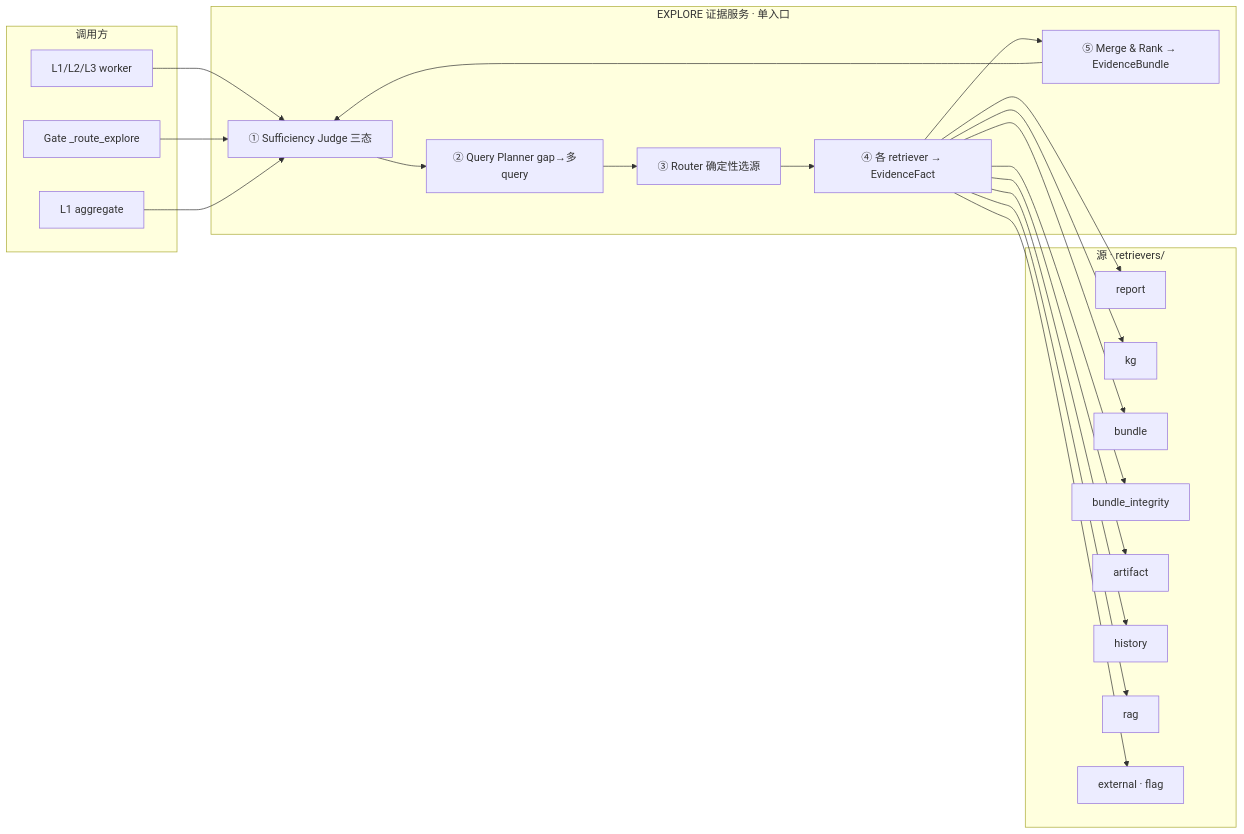
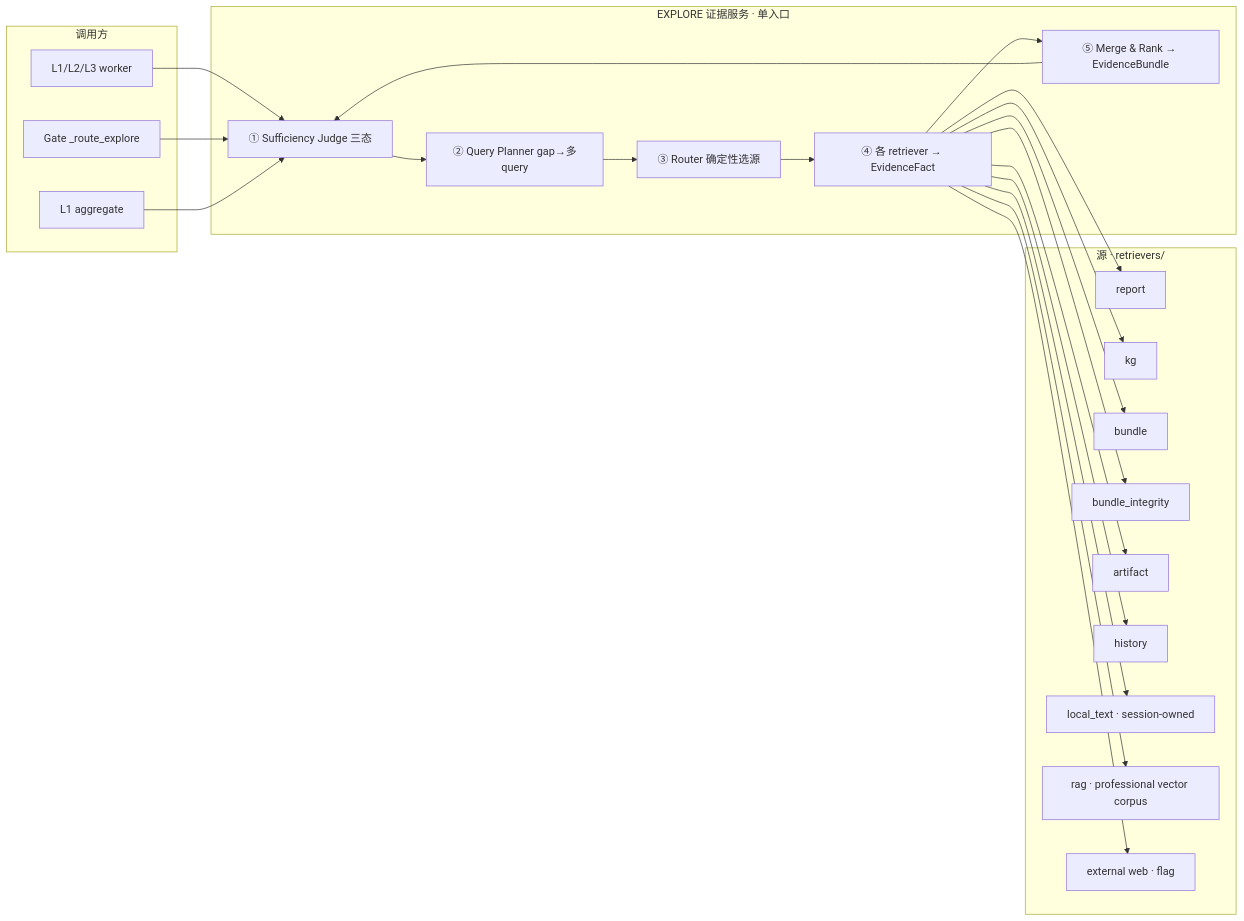
The second of 2 diagrams in docs/design/modules/explore/23_EXPLORE_RETRIEVAL_REDESIGN.md (hanyi690/Village_Planning_Agent), drawn with Mermaid before and after one commit. The commit also changed other lines of this file and 48 other files, not shown here.

Commit message:
docs: consolidate current architecture and implementation records

````diff
--- a/docs/design/modules/explore/23_EXPLORE_RETRIEVAL_REDESIGN.md
+++ b/docs/design/modules/explore/23_EXPLORE_RETRIEVAL_REDESIGN.md
@@ -212,34 +240,35 @@
 ```mermaid
 flowchart LR
     subgraph Caller[调用方]
         W[L1/L2/L3 worker]
         G[Gate _route_explore]
         AGG[L1 aggregate]
     end
     subgraph Core[EXPLORE 证据服务 · 单入口]
         R1[① Sufficiency Judge 三态]
         R2[② Query Planner gap→多query]
         R3[③ Router 确定性选源]
         R4[④ 各 retriever → EvidenceFact]
         R5[⑤ Merge & Rank → EvidenceBundle]
         R2 --> R3
         R1 --> R2
         R3 --> R4
         R4 --> R5
         R5 --> R1
     end
     subgraph Sources[源 · retrievers/]
         S1[report]
         S2[kg]
         S3[bundle]
         S4[bundle_integrity]
         S5[artifact]
         S6[history]
-        S7[rag]
-        S8[external · flag]
+        S7[local_text · session-owned]
+        S8[rag · professional vector corpus]
+        S9[external web · flag]
     end
     W --> R1
     G --> R1
     AGG --> R1
-    R4 --> S1 & S2 & S3 & S4 & S5 & S6 & S7 & S8
+    R4 --> S1 & S2 & S3 & S4 & S5 & S6 & S7 & S8 & S9
 ```
````
